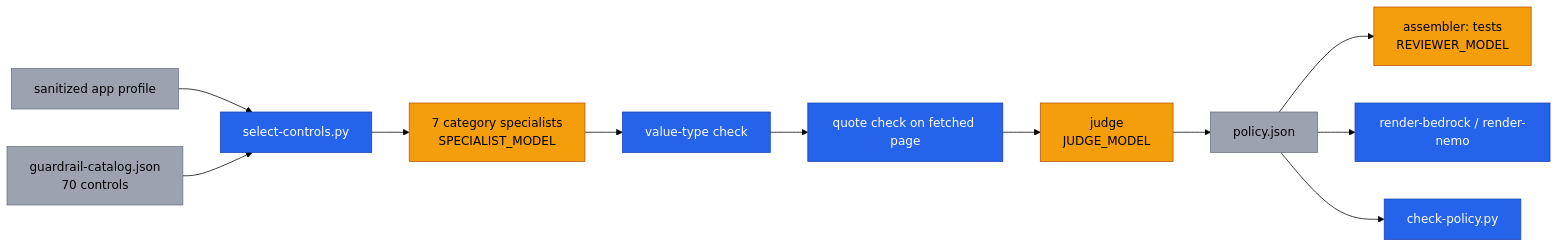
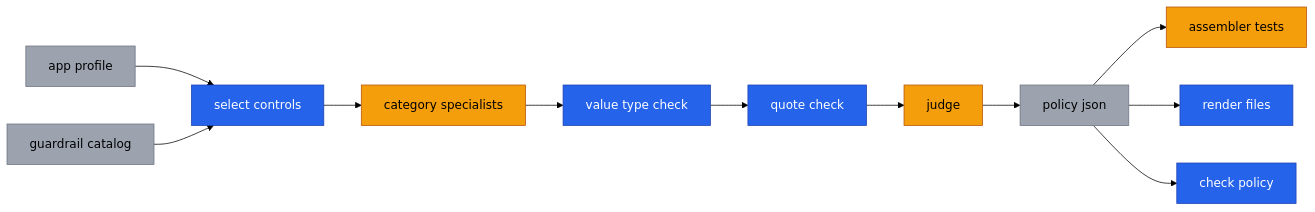
Before and after one commit to arifbazli/docker-agent-prisma-cortex: the diagram in README.md, drawn with Mermaid (forest theme). The commit also changed other lines of this file and 1 other file, not shown here.

Commit message:
fix: conservative mermaid syntax and model tables

````diff
--- a/README.md
+++ b/README.md
@@ -46,17 +46,32 @@
 ```mermaid
 flowchart LR
-    Profile["sanitized app profile"]:::data --> Select["select-controls.py"]:::script
-    Catalog["guardrail-catalog.json<br/>70 controls"]:::data --> Select
-    Select --> Spec["7 category specialists<br/>SPECIALIST_MODEL"]:::llm
-    Spec --> Values["value-type check"]:::script
-    Values --> Quote["quote check on fetched page"]:::script
-    Quote --> Judge["judge<br/>JUDGE_MODEL"]:::llm
-    Judge --> Policy["policy.json"]:::data
-    Policy --> Asm["assembler: tests<br/>REVIEWER_MODEL"]:::llm
-    Policy --> Render["render-bedrock / render-nemo"]:::script
-    Policy --> Check["check-policy.py"]:::script
+    Profile[app profile]
+    Catalog[guardrail catalog]
+    Select[select controls]
+    Spec[category specialists]
+    Values[value type check]
+    Quote[quote check]
+    Judge[judge]
+    Policy[policy json]
+    Asm[assembler tests]
+    Render[render files]
+    Check[check policy]
+
+    Profile --> Select
+    Catalog --> Select
+    Select --> Spec
+    Spec --> Values
+    Values --> Quote
+    Quote --> Judge
+    Judge --> Policy
+    Policy --> Asm
+    Policy --> Render
+    Policy --> Check
 
     classDef script fill:#2563eb,color:#fff,stroke:#1e40af
-    classDef llm fill:#f59e0b,color:#000,stroke:#b45309
+    classDef ai fill:#f59e0b,color:#000,stroke:#b45309
     classDef data fill:#9ca3af,color:#000,stroke:#6b7280
+    class Select,Values,Quote,Render,Check script
+    class Spec,Judge,Asm ai
+    class Profile,Catalog,Policy data
 ```
````
